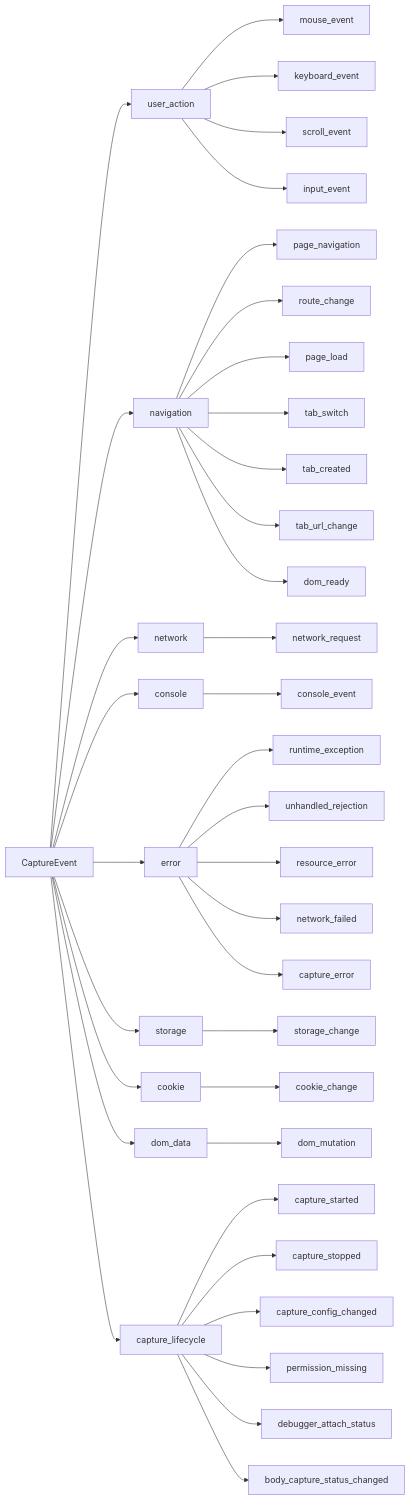
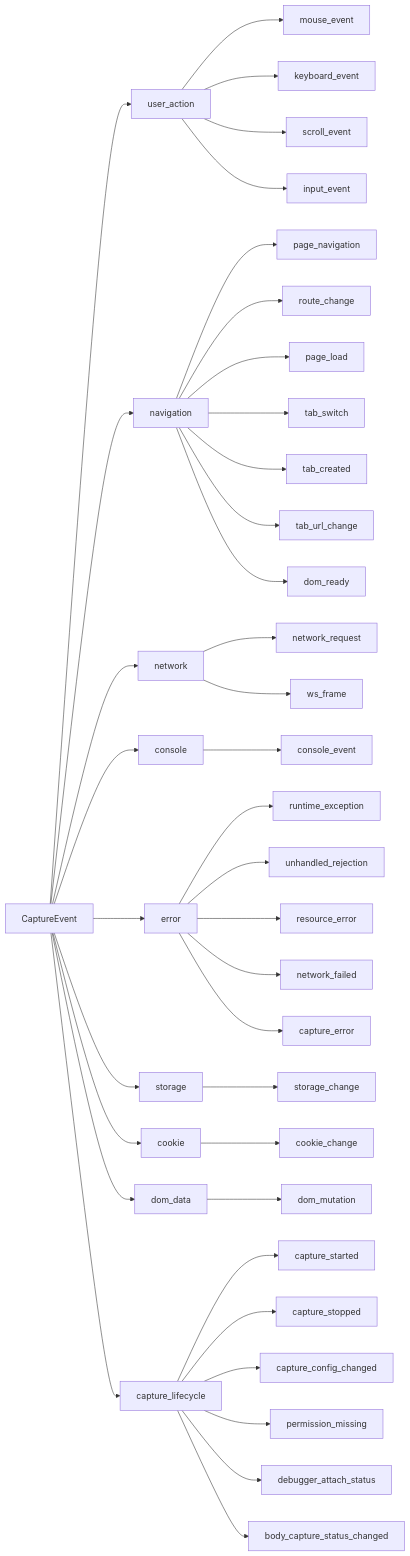
Before and after one commit to TuTouPower/capture_all: the diagram in docs/specs/data_model.md, drawn with Mermaid. The commit also changed 2 other files, not shown here.

Commit message:
feat: 流式/WS 采集数据类型 + 流程
types.ts:
- WsFrameData 接口（ws_connection_id/direction/opcode/payload）
- EventType 新增 ws_frame
- NetworkRequestData 新增 ws_status/stream_mode/ws_connection_id
- BodyCaptureStatus 新增 streaming

data_flow.md:
- §3.1 SSE/流式 HTTP 捕获流程
- §3.2 WebSocket 帧捕获流程
- §3.3 子 target（worker/iframe/OOPIF）流程

data_model.md: 补充流式字段说明

````diff
--- a/docs/specs/data_model.md
+++ b/docs/specs/data_model.md
@@ -72,48 +72,49 @@
 ```mermaid
 graph LR
     CAPTURE[CaptureEvent] --> UA[user_action]
     CAPTURE --> NAV[navigation]
     CAPTURE --> NET[network]
     CAPTURE --> CON[console]
     CAPTURE --> ERR[error]
     CAPTURE --> STO[storage]
     CAPTURE --> COO[cookie]
     CAPTURE --> DOM[dom_data]
     CAPTURE --> LIFE[capture_lifecycle]
 
     UA --> mouse_event
     UA --> keyboard_event
     UA --> scroll_event
     UA --> input_event
 
     NAV --> page_navigation
     NAV --> route_change
     NAV --> page_load
     NAV --> tab_switch
     NAV --> tab_created
     NAV --> tab_url_change
     NAV --> dom_ready
 
     NET --> network_request
+    NET --> ws_frame
 
     CON --> console_event
 
     ERR --> runtime_exception
     ERR --> unhandled_rejection
     ERR --> resource_error
     ERR --> network_failed
     ERR --> capture_error
 
     STO --> storage_change
 
     COO --> cookie_change
 
     DOM --> dom_mutation
 
     LIFE --> capture_started
     LIFE --> capture_stopped
     LIFE --> capture_config_changed
     LIFE --> permission_missing
     LIFE --> debugger_attach_status
     LIFE --> body_capture_status_changed
 ```
````
